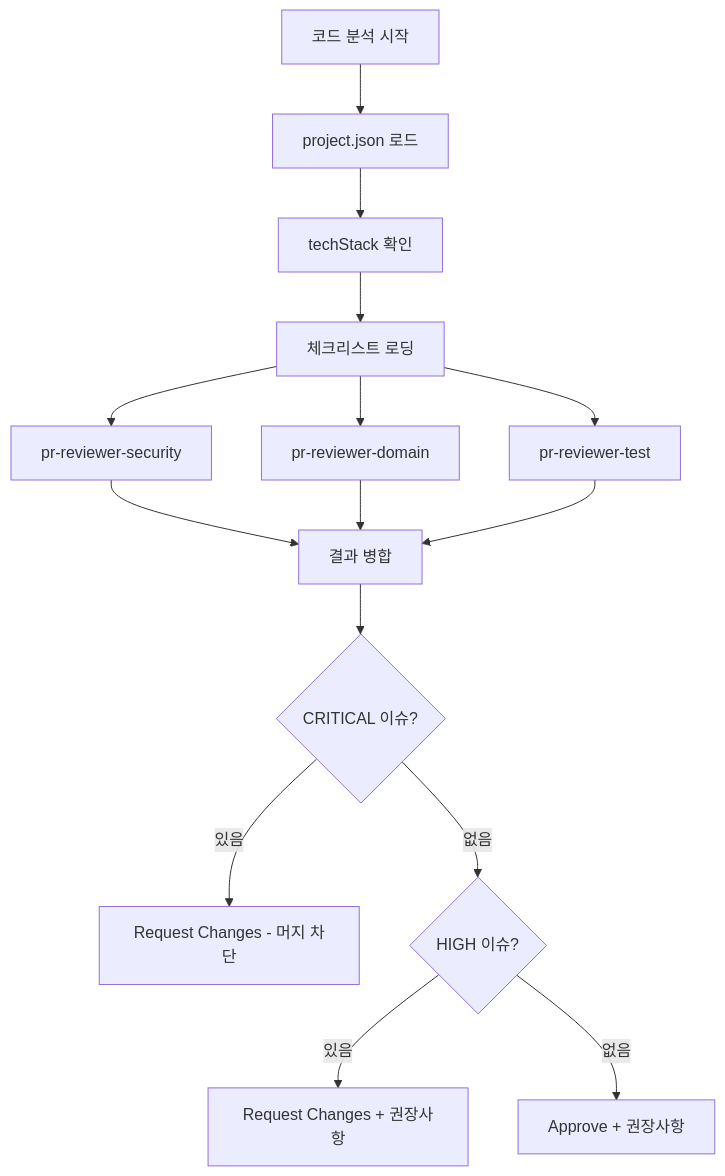
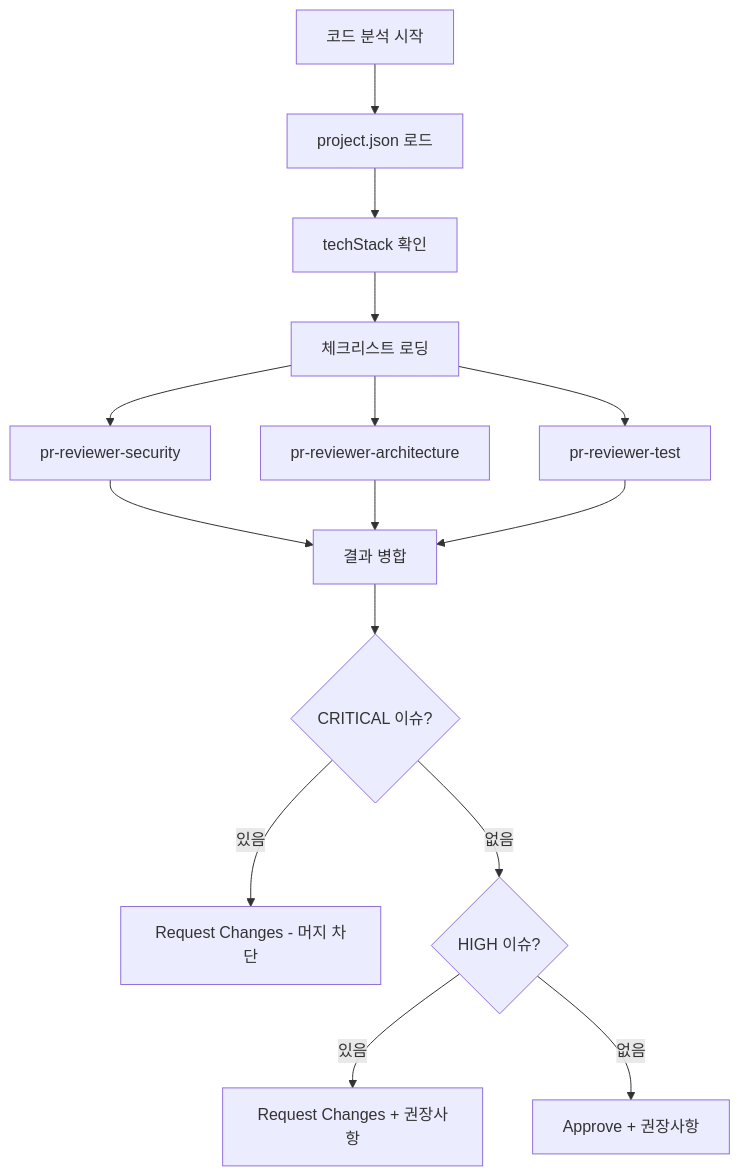
Before and after one commit to wejsa/ai-crew-kit: the diagram in .claude/agents/agent-code-reviewer.md, drawn with Mermaid. The commit also changed other lines of this file and 20 other files, not shown here.

First line of the commit message:
feat: 리뷰 관점 domain → architecture 리네임 (dual-accept, non-breaking)

````diff
--- a/.claude/agents/agent-code-reviewer.md
+++ b/.claude/agents/agent-code-reviewer.md
@@ -156,17 +156,17 @@
 ```mermaid
 graph TD
     A[코드 분석 시작] --> B[project.json 로드]
     B --> C[techStack 확인]
     C --> D[체크리스트 로딩]
     D --> E[pr-reviewer-security]
-    D --> F[pr-reviewer-domain]
+    D --> F[pr-reviewer-architecture]
     D --> G[pr-reviewer-test]
     E --> H[결과 병합]
     F --> H
     G --> H
     H --> J{CRITICAL 이슈?}
     J -->|있음| K[Request Changes - 머지 차단]
     J -->|없음| L{HIGH 이슈?}
     L -->|있음| M[Request Changes + 권장사항]
     L -->|없음| N[Approve + 권장사항]
 ```
````
